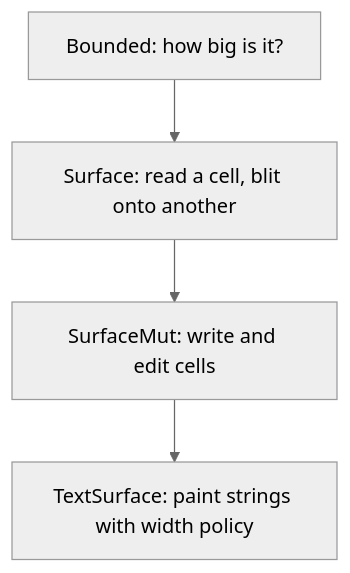
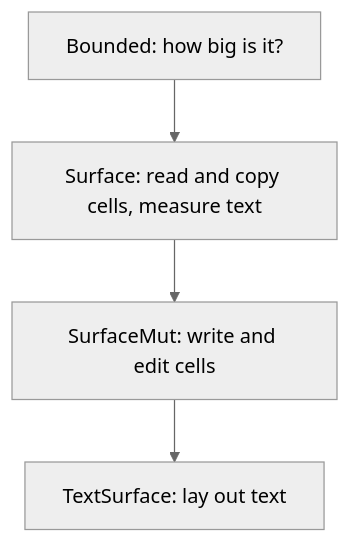
The diagram in website/content/docs/concepts/surfaces.md (aymanbagabas/uncurses), drawn with Mermaid (neutral theme) before and after one commit. The commit also changed other lines of this file and 66 other files, not shown here.

First line of the commit message:
refactor(cell)!: store grid cells in private arenas

````diff
--- a/website/content/docs/concepts/surfaces.md
+++ b/website/content/docs/concepts/surfaces.md
@@ -17,12 +16,12 @@
 ```mermaid
 flowchart TB
   accTitle: The surface layers
   accDescr {
     Each surface layer builds on the previous one.
-    Bounded defines the area. Surface adds reads and drawing.
-    SurfaceMut adds cell changes. TextSurface adds text layout and width rules.
+    Bounded defines the area. Surface adds reads, copies, and width rules.
+    SurfaceMut adds cell changes. TextSurface adds text layout.
   }
-  bounded["Bounded: how big is it?"] --> surface["Surface: read a cell, blit onto another"]
+  bounded["Bounded: how big is it?"] --> surface["Surface: read and copy cells, measure text"]
   surface --> surfacemut["SurfaceMut: write and edit cells"]
-  surfacemut --> textsurface["TextSurface: paint strings with width policy"]
+  surfacemut --> textsurface["TextSurface: lay out text"]
 ```
````
